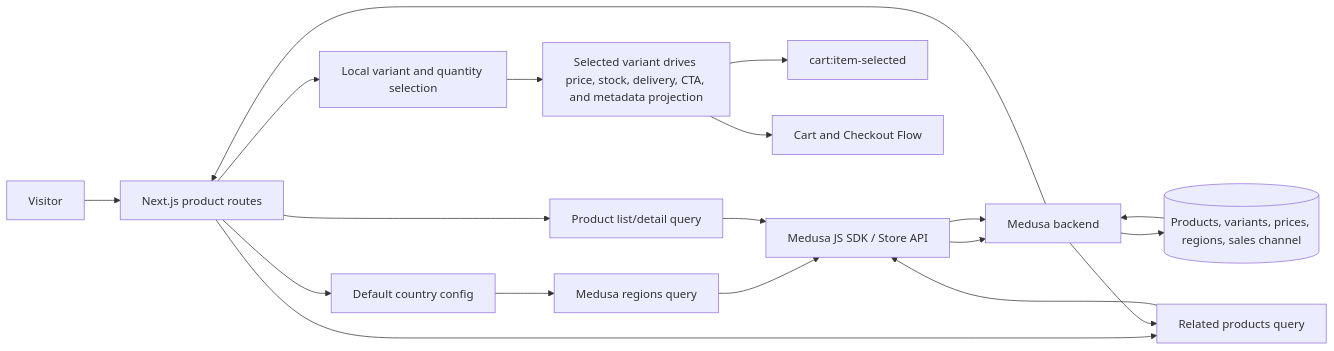
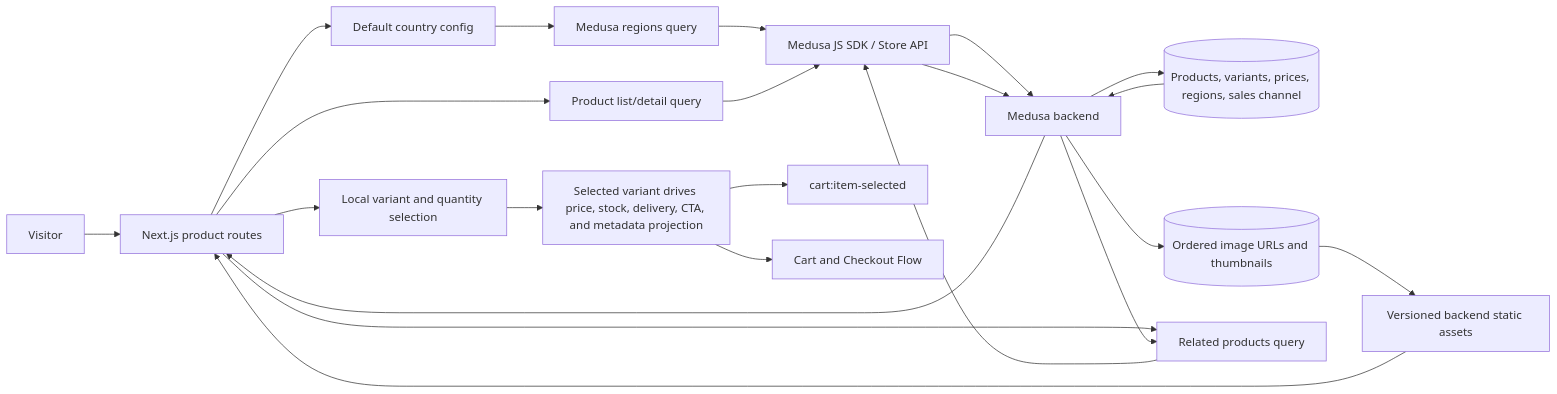
One commit to AtoshaKartosha/sunluk changed the second of 2 diagrams in flows/features/catalog-browsing.md. Above: the diagram before and after it, drawn with Mermaid. The commit also changed other lines of this file, not shown here.

Commit message:
docs(flows): define product media recovery

````diff
--- a/flows/features/catalog-browsing.md
+++ b/flows/features/catalog-browsing.md
@@ -101,21 +107,24 @@
 ```mermaid
 flowchart LR
   Visitor[Visitor] --> UI[Next.js product routes]
   UI --> Config[Default country config]
   Config --> RegionQuery[Medusa regions query]
   RegionQuery --> SDK[Medusa JS SDK / Store API]
   UI --> ProductQuery[Product list/detail query]
   ProductQuery --> SDK
   SDK --> Backend[Medusa backend]
   Backend --> Catalog[(Products, variants, prices, regions, sales channel)]
+  Backend --> Media[(Ordered image URLs and thumbnails)]
+  Media --> Assets[Versioned backend static assets]
+  Assets --> UI
   Catalog --> Backend
   Backend --> UI
   UI --> Selection[Local variant and quantity selection]
   Selection --> Projection[Selected variant drives price, stock, delivery, CTA, and metadata projection]
   Projection --> Event[cart:item-selected]
   UI --> Related[Related products query]
   Related --> SDK
   SDK --> Backend[Medusa backend]
   Backend --> Related
   Projection --> Cart[Cart and Checkout Flow]
 ```
````
